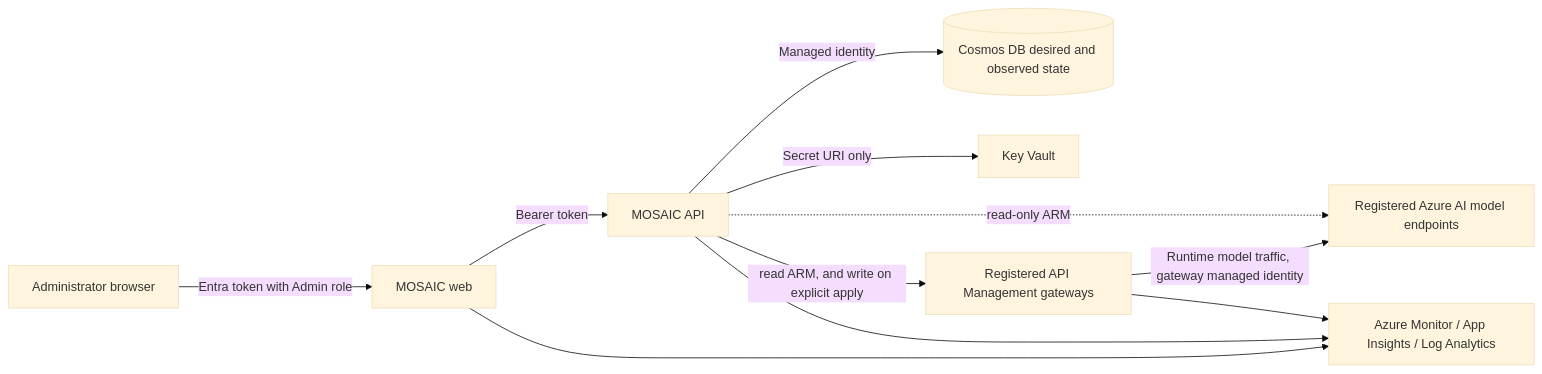
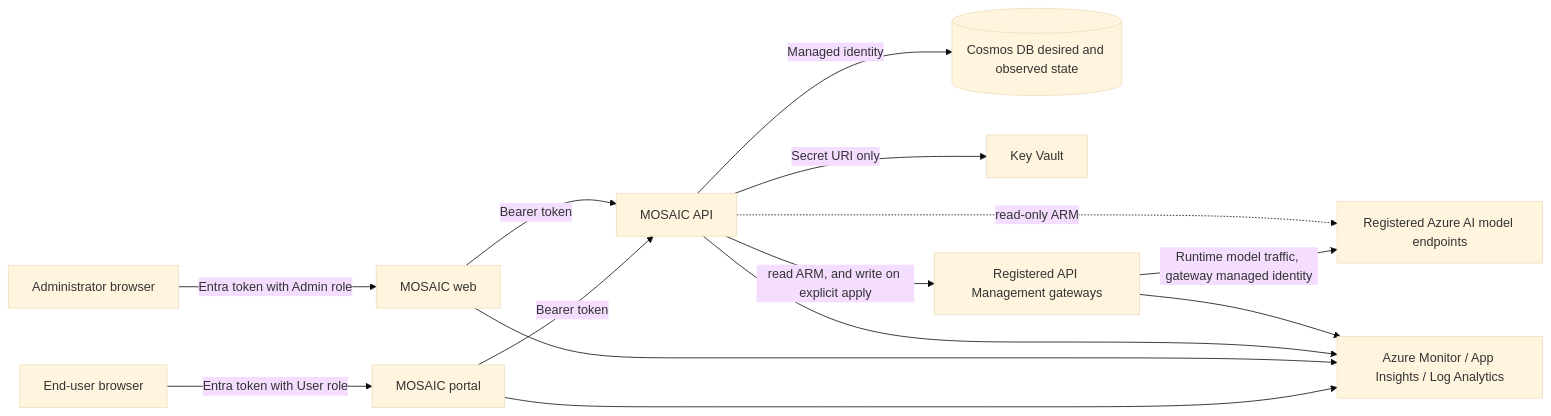
The diagram in README.md (microsoft/mosaic-apim), drawn with Mermaid (base theme) before and after one commit. The commit also changed other lines of this file and 44 other files, not shown here.

First line of the commit message:
Build the end-user portal (#11)

````diff
--- a/README.md
+++ b/README.md
@@ -24,13 +24,16 @@
 ```mermaid
 flowchart LR
     Admin[Administrator browser] -->|Entra token with Admin role| Web[MOSAIC web]
+    User[End-user browser] -->|Entra token with User role| Portal[MOSAIC portal]
     Web -->|Bearer token| API[MOSAIC API]
+    Portal -->|Bearer token| API
     API -->|Managed identity| Cosmos[(Cosmos DB desired and observed state)]
     API -->|Secret URI only| KV[Key Vault]
     API -. read-only ARM .-> Foundry[Registered Azure AI model endpoints]
     API -->|read ARM, and write on explicit apply| APIM[Registered API Management gateways]
     APIM -->|Runtime model traffic, gateway managed identity| Foundry
     APIM --> Monitor[Azure Monitor / App Insights / Log Analytics]
     API --> Monitor
     Web --> Monitor
+    Portal --> Monitor
 ```
````
